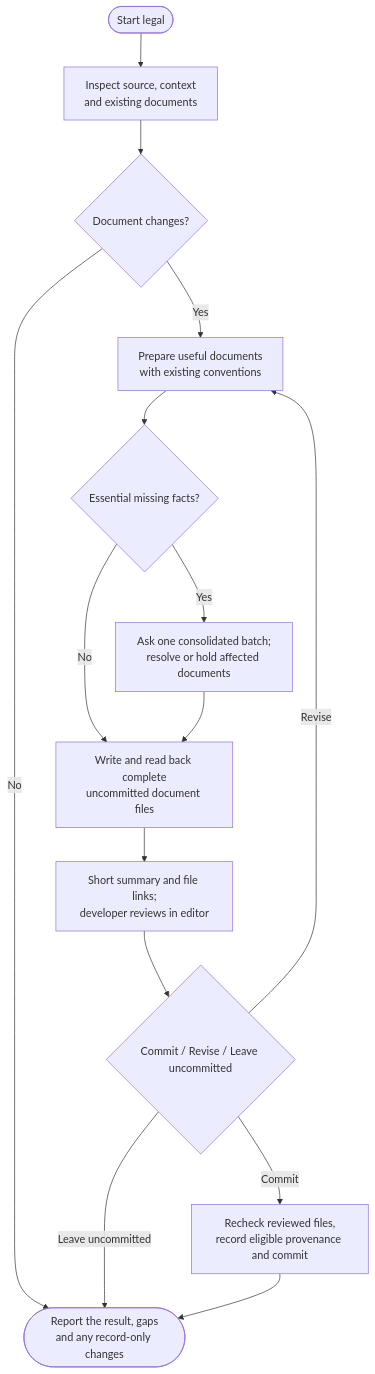
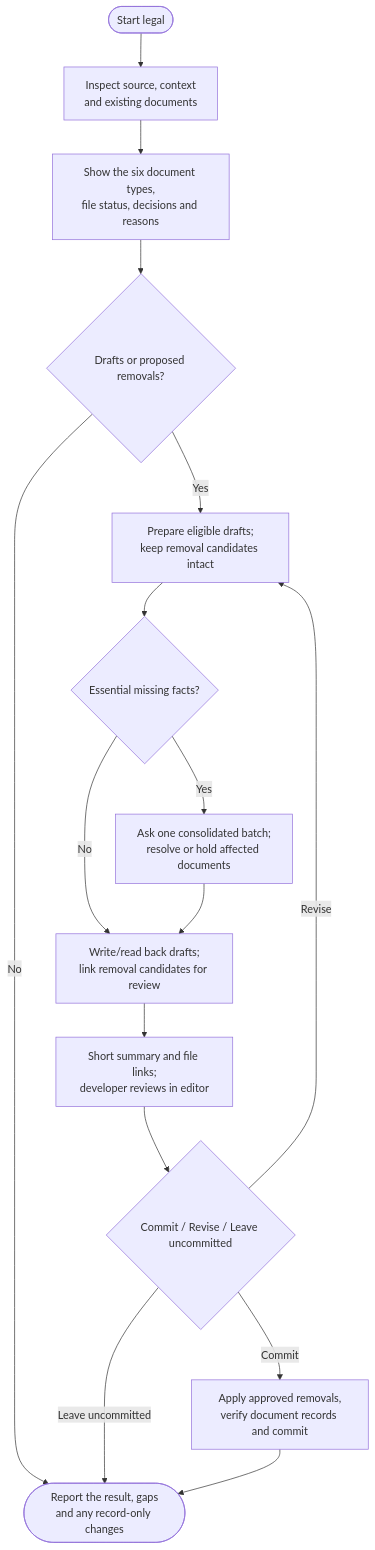
One commit to myowinthein/agent-helm changed the diagram in docs/commands/legal.md. Above: the diagram before and after it, drawn with Mermaid. The commit also changed other lines of this file and 2 other files, not shown here.

Commit message:
feat(legal): assess all document types and review removals

````diff
--- a/docs/commands/legal.md
+++ b/docs/commands/legal.md
@@ -23,17 +23,18 @@
 ```mermaid
 flowchart TD
   Start(["Start legal"]) --> Inspect["Inspect source, context<br/>and existing documents"]
-  Inspect --> Needed{"Document changes?"}
+  Inspect --> Table["Show the six document types,<br/>file status, decisions and reasons"]
+  Table --> Needed{"Drafts or proposed removals?"}
   Needed -->|No| End(["Report the result, gaps<br/>and any record-only changes"])
-  Needed -->|Yes| Draft["Prepare useful documents<br/>with existing conventions"]
+  Needed -->|Yes| Draft["Prepare eligible drafts;<br/>keep removal candidates intact"]
   Draft --> Facts{"Essential missing facts?"}
   Facts -->|Yes| Ask["Ask one consolidated batch;<br/>resolve or hold affected documents"]
-  Facts -->|No| Files["Write and read back complete<br/>uncommitted document files"]
+  Facts -->|No| Files["Write/read back drafts;<br/>link removal candidates for review"]
   Ask --> Files
   Files --> Review["Short summary and file links;<br/>developer reviews in editor"]
   Review --> Approval{"Commit / Revise / Leave uncommitted"}
   Approval -->|Revise| Draft
   Approval -->|Leave uncommitted| End
-  Approval -->|Commit| Save["Recheck reviewed files,<br/>record eligible provenance and commit"]
+  Approval -->|Commit| Save["Apply approved removals,<br/>verify document records and commit"]
   Save --> End
 ```
````
